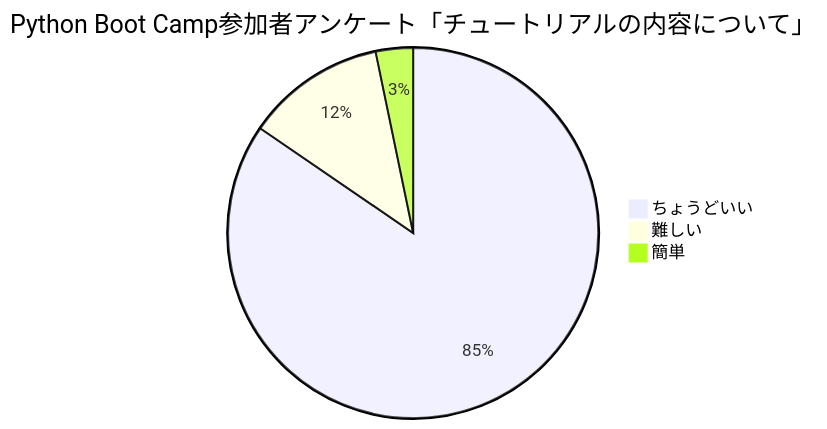
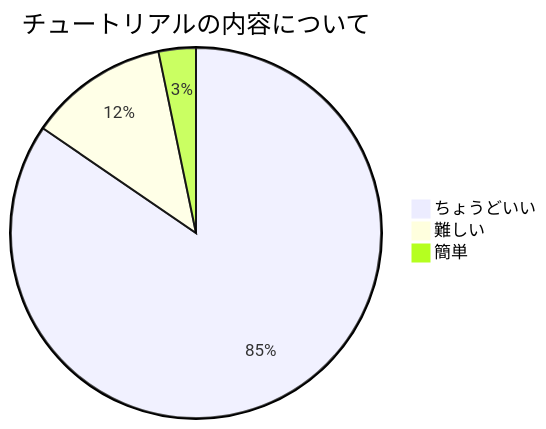
Before and after one commit to ryu22e/pyconapac2023-postersession-docs: the diagram in source/about/pycamp_survey2.mmd, drawn with Mermaid. The commit also changed 14 other files, not shown here.

```diff
--- a/source/about/pycamp_survey2.mmd
+++ b/source/about/pycamp_survey2.mmd
@@ -1,5 +1,5 @@
 pie
-    title Python Boot Camp参加者アンケート「チュートリアルの内容について」
+    title チュートリアルの内容について
     "ちょうどいい": 104
     "難しい": 15
     "簡単": 4
```
